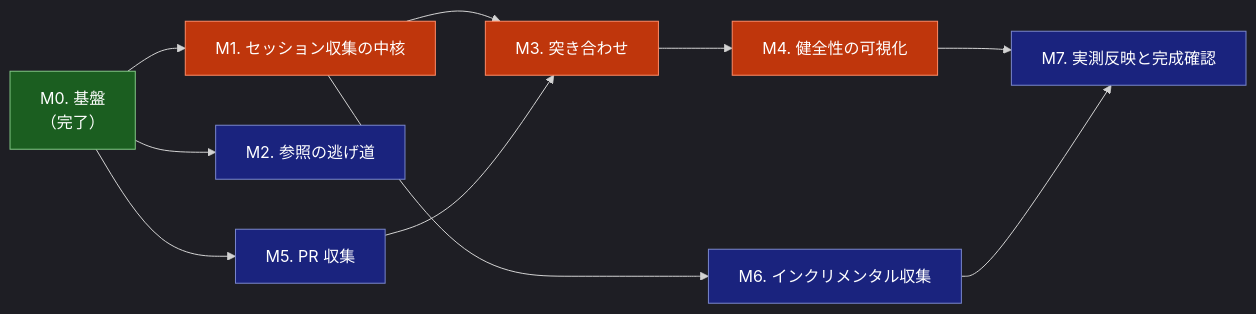
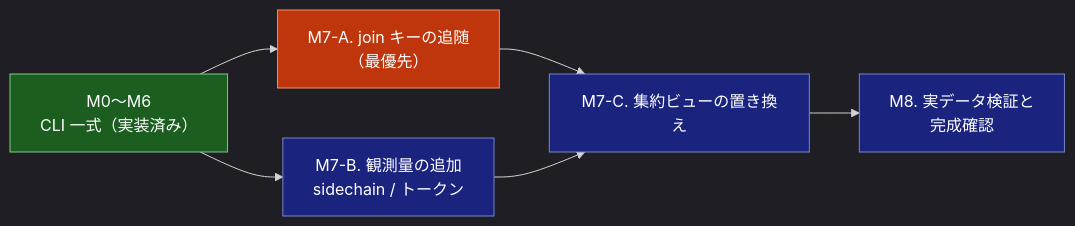
One commit to ToshikiImagawa/agent-effort-db changed the diagram in ROADMAP.md. Above: the diagram before and after it, drawn with Mermaid. The commit also changed other lines of this file and 3 other files, not shown here.

````diff
--- a/ROADMAP.md
+++ b/ROADMAP.md
@@ -39,29 +63,22 @@
 ```mermaid
 %%{init: {'theme': 'dark'}}%%
 flowchart LR
-    M0["M0. 基盤<br/>（完了）"]
-    M1["M1. セッション収集の中核"]
-    M2["M2. 参照の逃げ道"]
-    M3["M3. 突き合わせ"]
-    M4["M4. 健全性の可視化"]
-    M5["M5. PR 収集"]
-    M6["M6. インクリメンタル収集"]
-    M7["M7. 実測反映と完成確認"]
+    Done["M0〜M6<br/>CLI 一式（実装済み）"]
+    M7A["M7-A. join キーの追随<br/>（最優先）"]
+    M7B["M7-B. 観測量の追加<br/>sidechain / トークン"]
+    M7C["M7-C. 集約ビューの置き換え"]
+    M8["M8. 実データ検証と<br/>完成確認"]
 
-    M0 --> M1
-    M0 --> M2
-    M1 --> M3
-    M5 --> M3
-    M3 --> M4
-    M0 --> M5
-    M4 --> M7
-    M1 --> M6
-    M6 --> M7
+    Done --> M7A
+    Done --> M7B
+    M7A --> M7C
+    M7B --> M7C
+    M7C --> M8
 
     classDef done fill:#1b5e20,stroke:#81c784,color:#fff
     classDef critical fill:#bf360c,stroke:#ff8a65,color:#fff
     classDef normal fill:#1a237e,stroke:#7986cb,color:#fff
-    class M0 done
-    class M1,M3,M4 critical
-    class M2,M5,M6,M7 normal
+    class Done done
+    class M7A critical
+    class M7B,M7C,M8 normal
 ```
````
